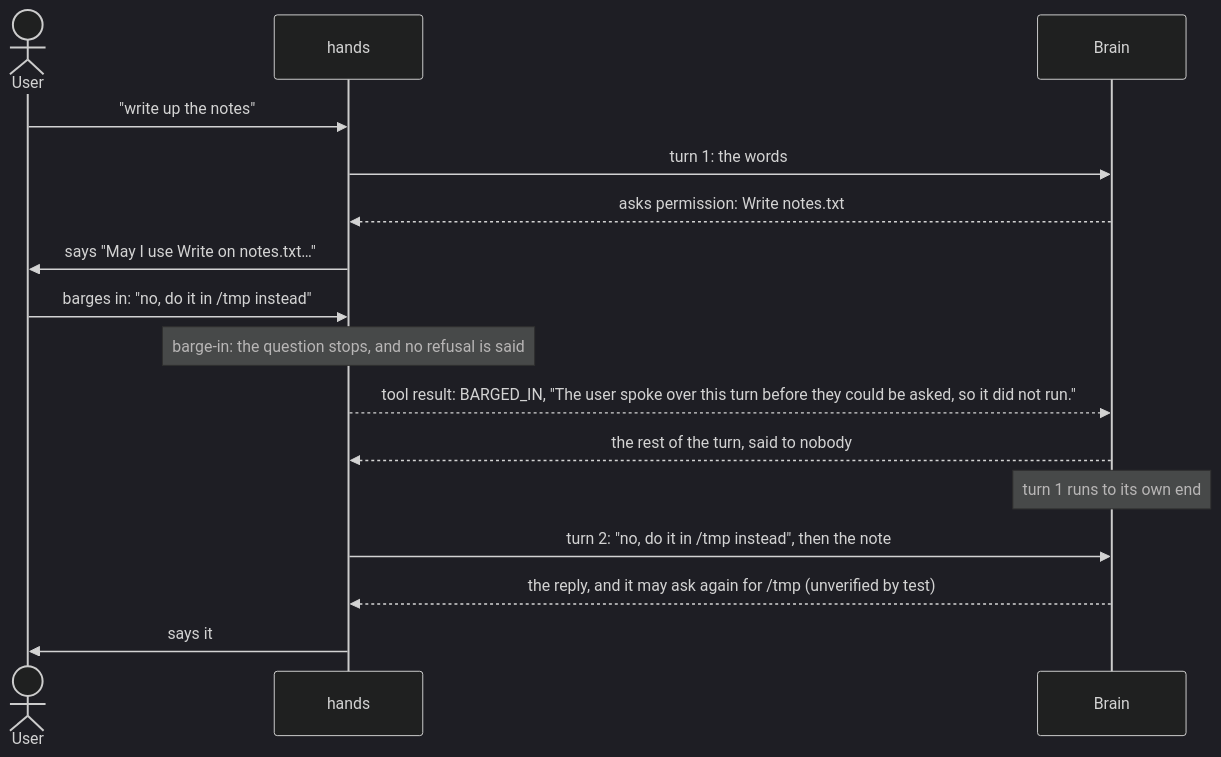
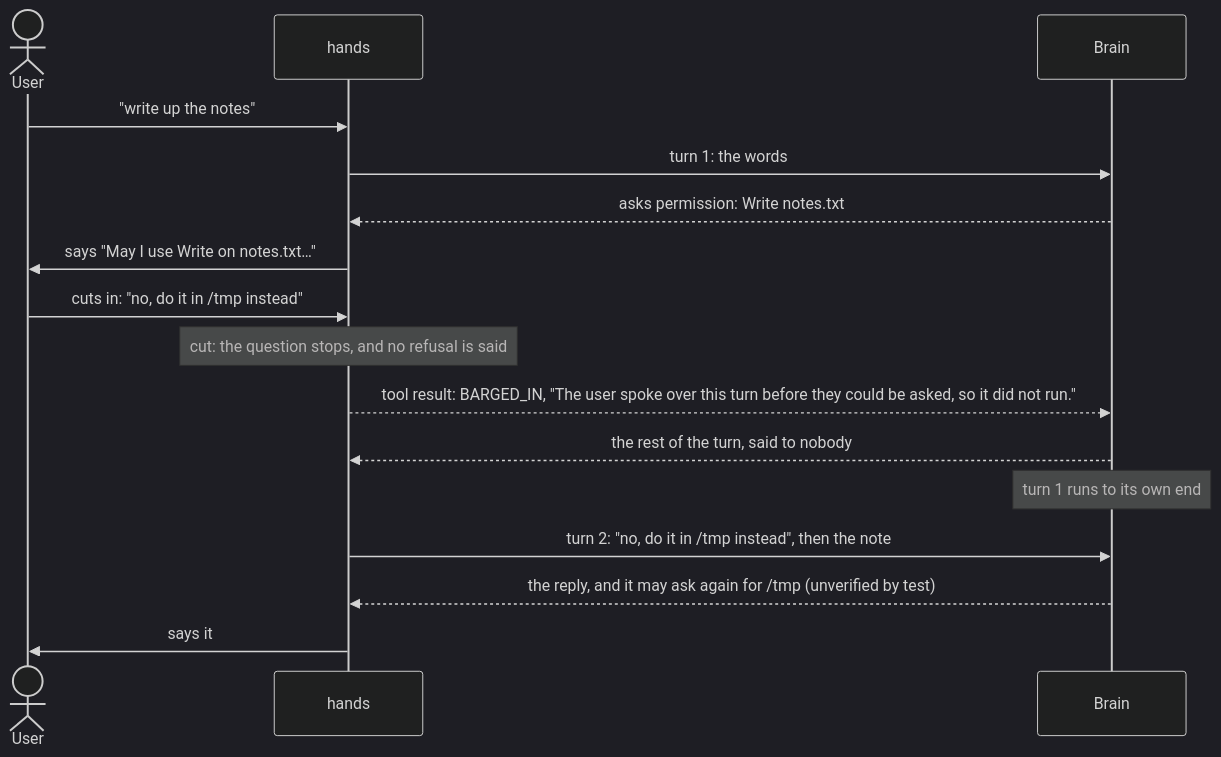
One commit to promptctl/cc-hands changed the fourth of 7 diagrams in docs/barge-in.md. Above: the diagram before and after it, drawn with Mermaid (dark theme). The commit also changed other lines of this file and 16 other files, not shown here.

````diff
--- a/docs/barge-in.md
+++ b/docs/barge-in.md
@@ -263,18 +264,18 @@
 ```mermaid
 sequenceDiagram
     actor U as User
     participant H as hands
     participant B as Brain
     U->>H: "write up the notes"
     H->>B: turn 1: the words
     B-->>H: asks permission: Write notes.txt
     H->>U: says "May I use Write on notes.txt…"
-    U->>H: barges in: "no, do it in /tmp instead"
-    Note over H: barge-in: the question stops, and no refusal is said
+    U->>H: cuts in: "no, do it in /tmp instead"
+    Note over H: cut: the question stops, and no refusal is said
     H-->>B: tool result: BARGED_IN, "The user spoke over this turn before they could be asked, so it did not run."
     B-->>H: the rest of the turn, said to nobody
     Note over B: turn 1 runs to its own end
     H->>B: turn 2: "no, do it in /tmp instead", then the note
     B-->>H: the reply, and it may ask again for /tmp (unverified by test)
     H->>U: says it
 ```
````
